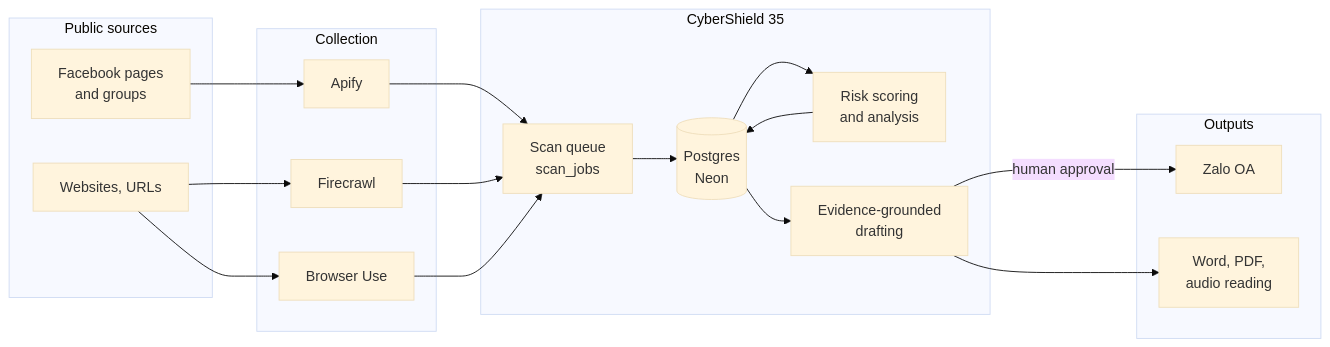
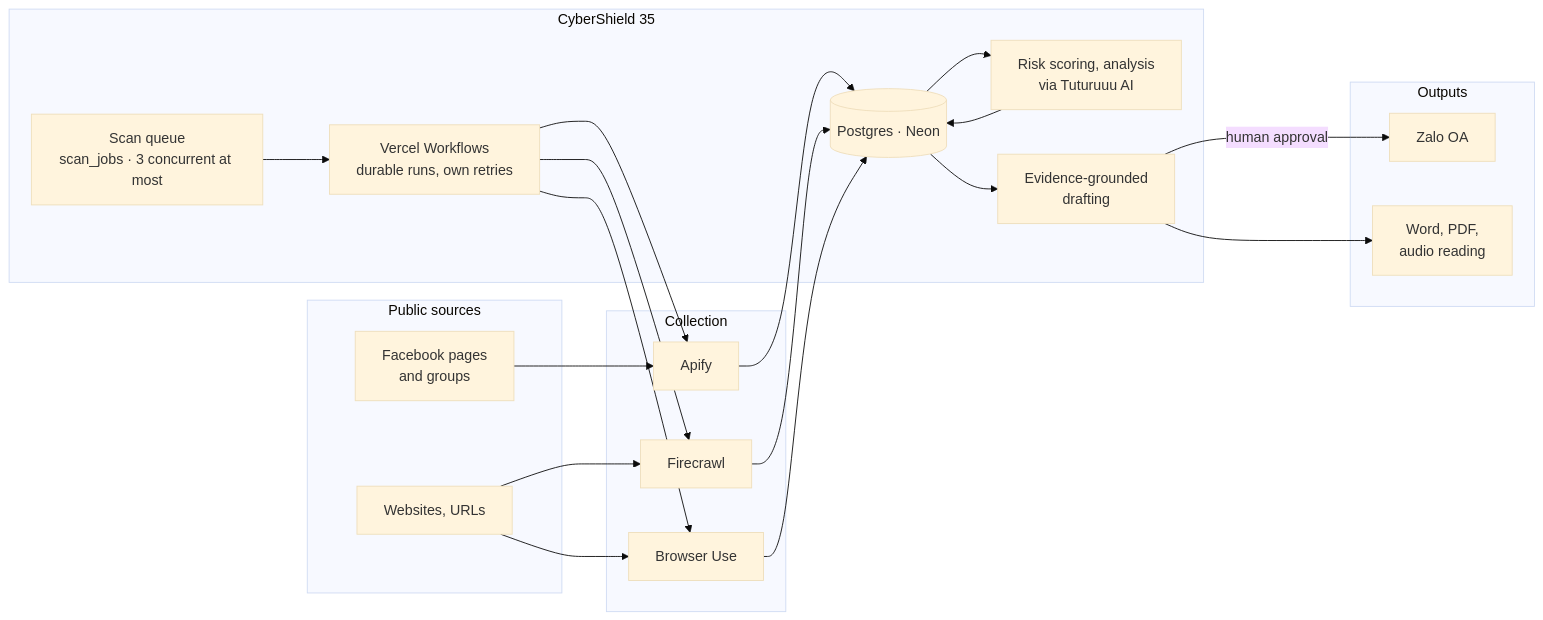
One commit to tutur3u/cybershield35 changed the tenth of 18 diagrams in README.md. Above: the diagram before and after it, drawn with Mermaid (base theme). The commit also changed other lines of this file, not shown here.

````diff
--- a/README.md
+++ b/README.md
@@ -347,38 +488,42 @@
 ```mermaid
 flowchart LR
     subgraph src["Public sources"]
         FB["Facebook pages<br/>and groups"]
         WEB["Websites, URLs"]
     end
 
     subgraph collect["Collection"]
         APIFY["Apify"]
         FIRE["Firecrawl"]
         BU["Browser Use"]
     end
 
     subgraph core["CyberShield 35"]
-        QUEUE["Scan queue<br/>scan_jobs"]
-        DB[("Postgres<br/>Neon")]
-        LLM["Risk scoring<br/>and analysis"]
+        QUEUE["Scan queue<br/>scan_jobs · 3 concurrent at most"]
+        WF["Vercel Workflows<br/>durable runs, own retries"]
+        DB[("Postgres · Neon")]
+        LLM["Risk scoring, analysis<br/>via Tuturuuu AI"]
         EDITOR["Evidence-grounded<br/>drafting"]
     end
 
     subgraph out["Outputs"]
         ZALO["Zalo OA"]
         FILES["Word, PDF,<br/>audio reading"]
     end
 
     FB --> APIFY
     WEB --> FIRE
     WEB --> BU
-    APIFY --> QUEUE
-    FIRE --> QUEUE
-    BU --> QUEUE
-    QUEUE --> DB
+    QUEUE --> WF
+    WF --> APIFY
+    WF --> FIRE
+    WF --> BU
+    APIFY --> DB
+    FIRE --> DB
+    BU --> DB
     DB --> LLM
     LLM --> DB
     DB --> EDITOR
     EDITOR -->|"human approval"| ZALO
     EDITOR --> FILES
 ```
````
